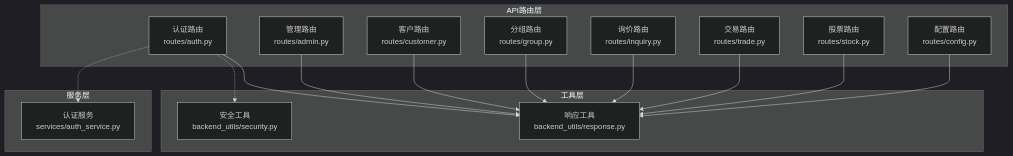
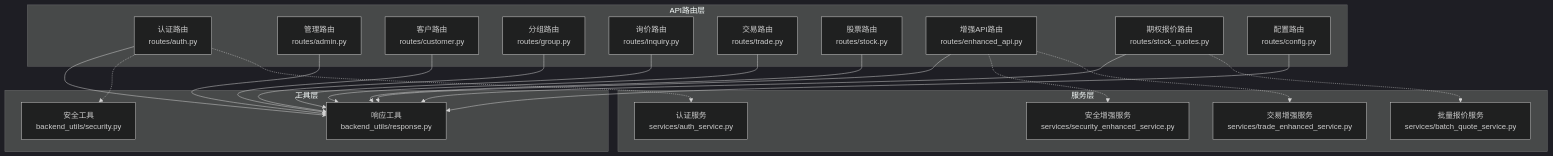
One commit to guyuefangyuanl/Over-the-counter-options changed the first of 13 diagrams in .qoder/repowiki/zh/content/后端系统/API路由系统.md. Above: the diagram before and after it, drawn with Mermaid (dark theme). The commit also changed other lines of this file and 29 other files, not shown here.

````diff
--- a/.qoder/repowiki/zh/content/后端系统/API路由系统.md
+++ b/.qoder/repowiki/zh/content/后端系统/API路由系统.md
@@ -46,30 +63,40 @@
 ```mermaid
 graph TB
 subgraph "API路由层"
 AUTH[认证路由<br/>routes/auth.py]
 ADMIN[管理路由<br/>routes/admin.py]
 CUSTOMER[客户路由<br/>routes/customer.py]
 GROUP[分组路由<br/>routes/group.py]
 INQUIRY[询价路由<br/>routes/inquiry.py]
 TRADE[交易路由<br/>routes/trade.py]
 STOCK[股票路由<br/>routes/stock.py]
+ENHANCED[增强API路由<br/>routes/enhanced_api.py]
+STOCK_QUOTES[期权报价路由<br/>routes/stock_quotes.py]
 CONFIG[配置路由<br/>routes/config.py]
 end
 subgraph "工具层"
 RESP[响应工具<br/>backend_utils/response.py]
 SEC[安全工具<br/>backend_utils/security.py]
 end
 subgraph "服务层"
 AUTH_SVC[认证服务<br/>services/auth_service.py]
+BATCH_QUOTE_SVC[批量报价服务<br/>services/batch_quote_service.py]
+SECURITY_ENHANCED_SVC[安全增强服务<br/>services/security_enhanced_service.py]
+TRADE_ENHANCED_SVC[交易增强服务<br/>services/trade_enhanced_service.py]
 end
 AUTH --> RESP
 ADMIN --> RESP
 CUSTOMER --> RESP
 GROUP --> RESP
 INQUIRY --> RESP
 TRADE --> RESP
 STOCK --> RESP
+ENHANCED --> RESP
+STOCK_QUOTES --> RESP
 CONFIG --> RESP
 AUTH -.-> SEC
 AUTH -.-> AUTH_SVC
+ENHANCED -.-> SECURITY_ENHANCED_SVC
+ENHANCED -.-> TRADE_ENHANCED_SVC
+STOCK_QUOTES -.-> BATCH_QUOTE_SVC
 ```
````
